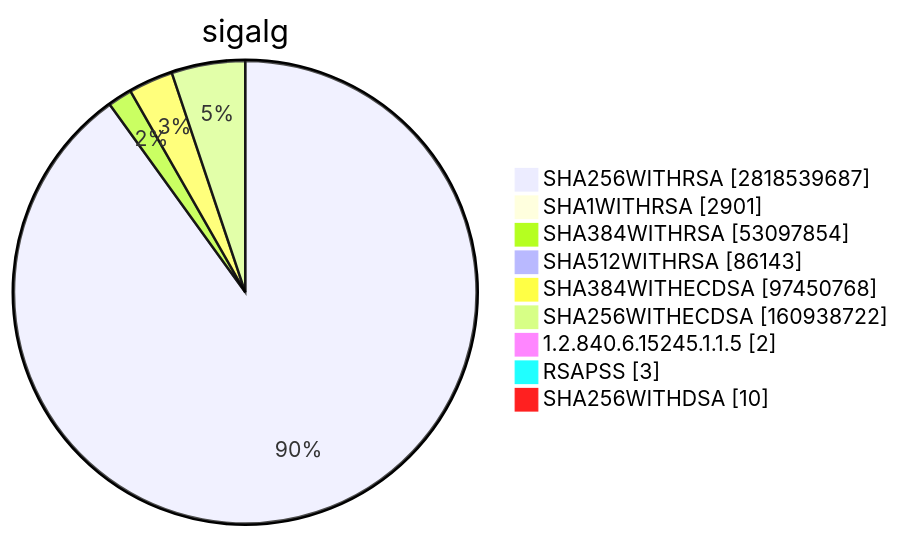
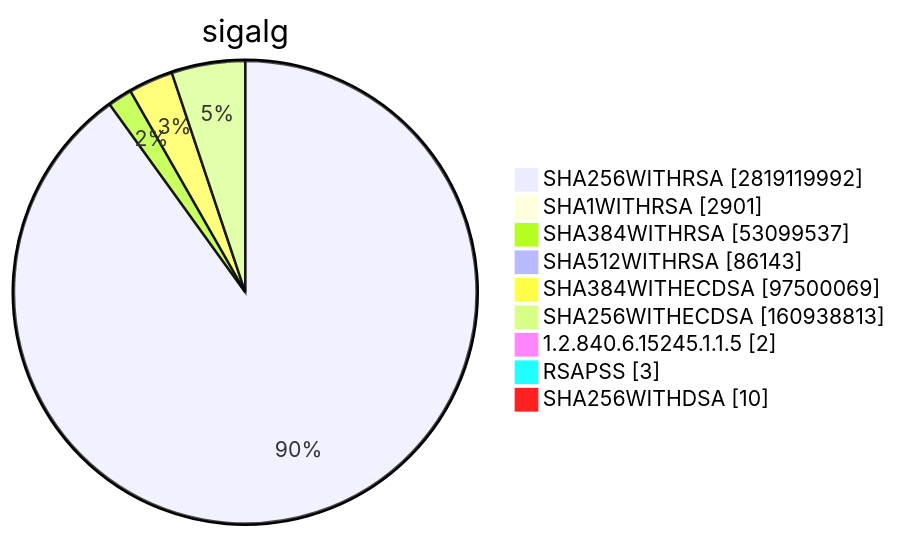
One commit to christiankrug/ctmonitor_visualization changed diagram 15 of 15 in TOTAL/README.md. Above: the diagram before and after it, drawn with Mermaid. The commit also changed other lines of this file, not shown here.

````diff
--- a/TOTAL/README.md
+++ b/TOTAL/README.md
@@ -6207,13 +6207,13 @@
 ```mermaid
 pie showData
 title sigalg
-"SHA256WITHRSA" :2818539687
+"SHA256WITHRSA" :2819119992
 "SHA1WITHRSA" :2901
-"SHA384WITHRSA" :53097854
+"SHA384WITHRSA" :53099537
 "SHA512WITHRSA" :86143
-"SHA384WITHECDSA" :97450768
-"SHA256WITHECDSA" :160938722
+"SHA384WITHECDSA" :97500069
+"SHA256WITHECDSA" :160938813
 "1.2.840.6.15245.1.1.5" :2
 "RSAPSS" :3
 "SHA256WITHDSA" :10
 ```
````
